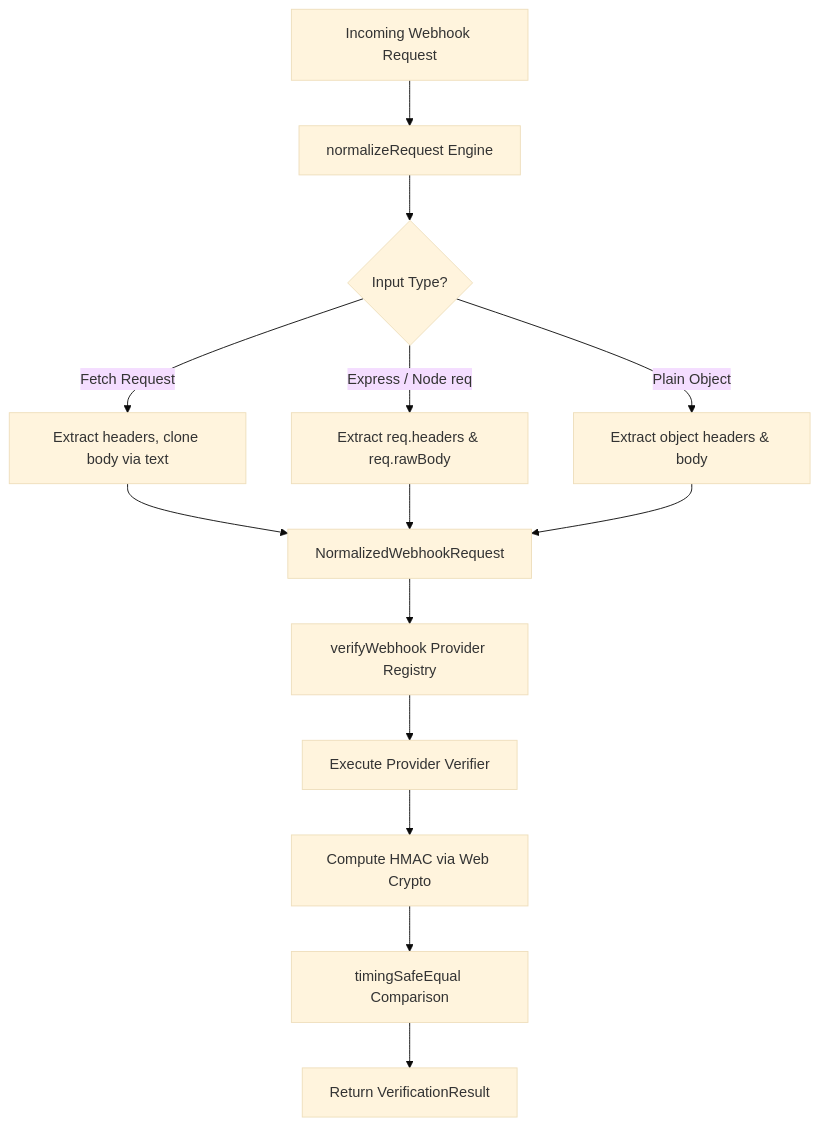
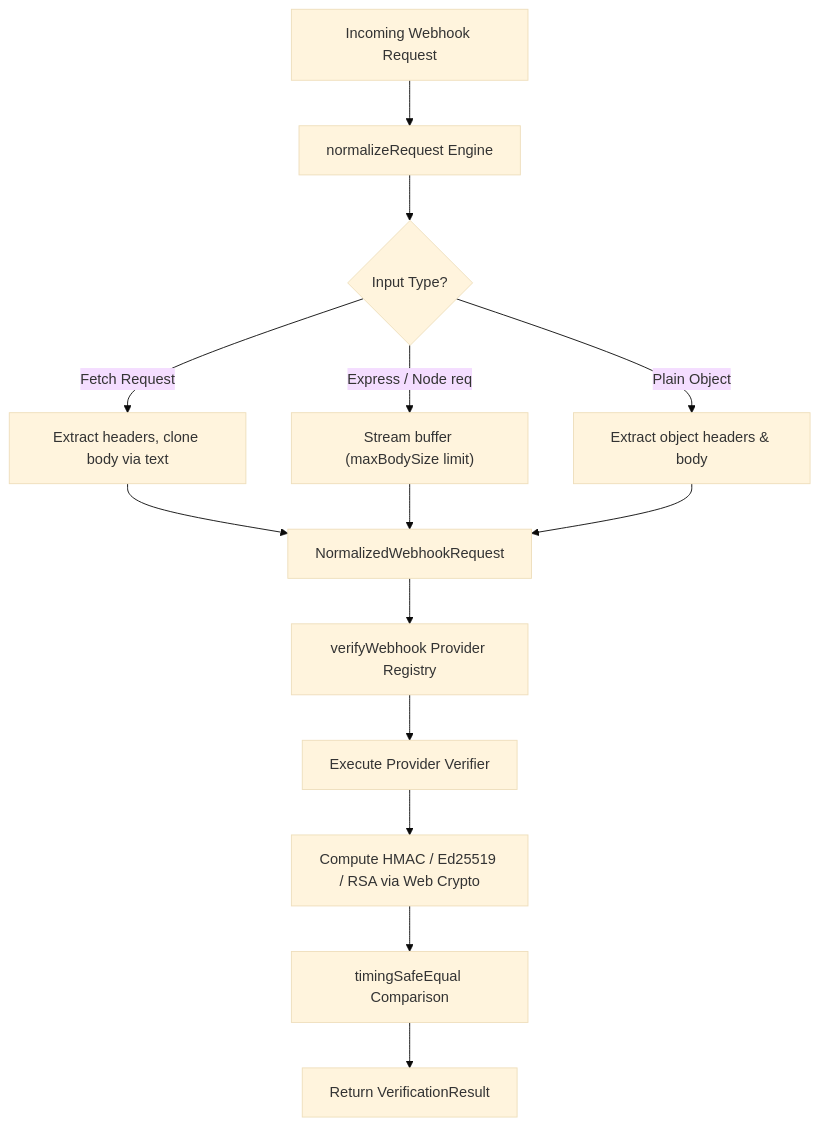
One commit to creatorpiyush/verihook changed the diagram in ARCHITECTURE.md. Above: the diagram before and after it, drawn with Mermaid (base theme). The commit also changed other lines of this file and 85 other files, not shown here.

````diff
--- a/ARCHITECTURE.md
+++ b/ARCHITECTURE.md
@@ -23,16 +25,16 @@
 ```mermaid
 flowchart TD
     A["Incoming Webhook Request"] --> B["normalizeRequest Engine"]
     B --> C{"Input Type?"}
     C -->|Fetch Request| D["Extract headers, clone body via text"]
-    C -->|Express / Node req| E["Extract req.headers & req.rawBody"]
+    C -->|Express / Node req| E["Stream buffer (maxBodySize limit)"]
     C -->|Plain Object| F["Extract object headers & body"]
     D --> G["NormalizedWebhookRequest"]
     E --> G
     F --> G
     G --> H["verifyWebhook Provider Registry"]
     H --> I["Execute Provider Verifier"]
-    I --> J["Compute HMAC via Web Crypto"]
+    I --> J["Compute HMAC / Ed25519 / RSA via Web Crypto"]
     J --> K["timingSafeEqual Comparison"]
     K --> L["Return VerificationResult"]
 ```
````
